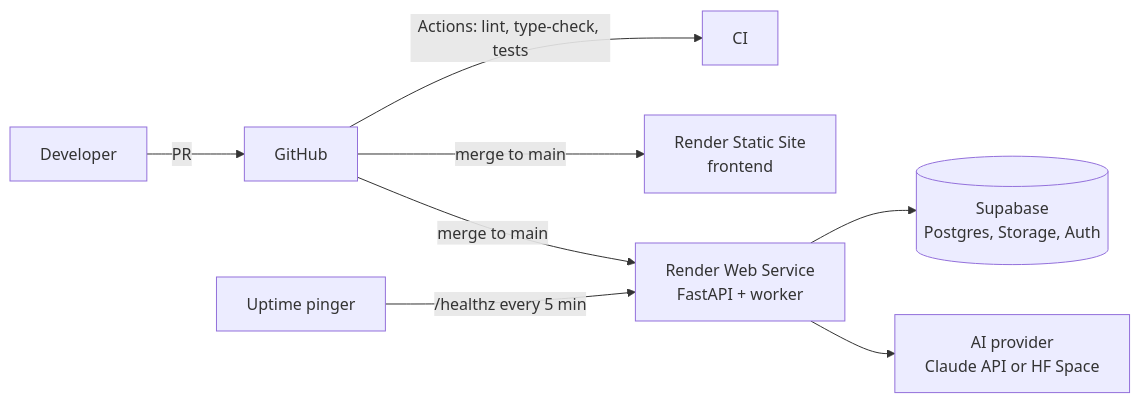
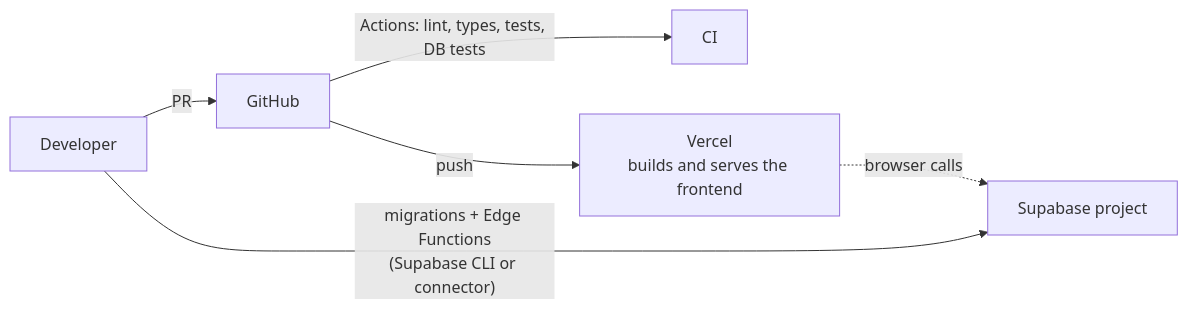
One commit to snehaa006/women-s-safety- changed the fifth of 5 diagrams in docs/02-architecture.md. Above: the diagram before and after it, drawn with Mermaid. The commit also changed other lines of this file and 10 other files, not shown here.

````diff
--- a/docs/02-architecture.md
+++ b/docs/02-architecture.md
@@ -617,10 +621,8 @@
 ```mermaid
 flowchart LR
   DEV["Developer"] -->|PR| GH["GitHub"]
-  GH -->|"Actions: lint, type-check, tests"| CI["CI"]
-  GH -->|merge to main| RS["Render Static Site<br/>frontend"]
-  GH -->|merge to main| RW["Render Web Service<br/>FastAPI + worker"]
-  RW --> SB[("Supabase<br/>Postgres, Storage, Auth")]
-  RW --> AIP["AI provider<br/>Claude API or HF Space"]
-  UP["Uptime pinger"] -->|"/healthz every 5 min"| RW
+  GH -->|"Actions: lint, types, tests, DB tests"| CI["CI"]
+  GH -->|push| VC["Vercel<br/>builds and serves the frontend"]
+  DEV -->|"migrations + Edge Functions<br/>(Supabase CLI or connector)"| SB["Supabase project"]
+  VC -.->|browser calls| SB
 ```
````
